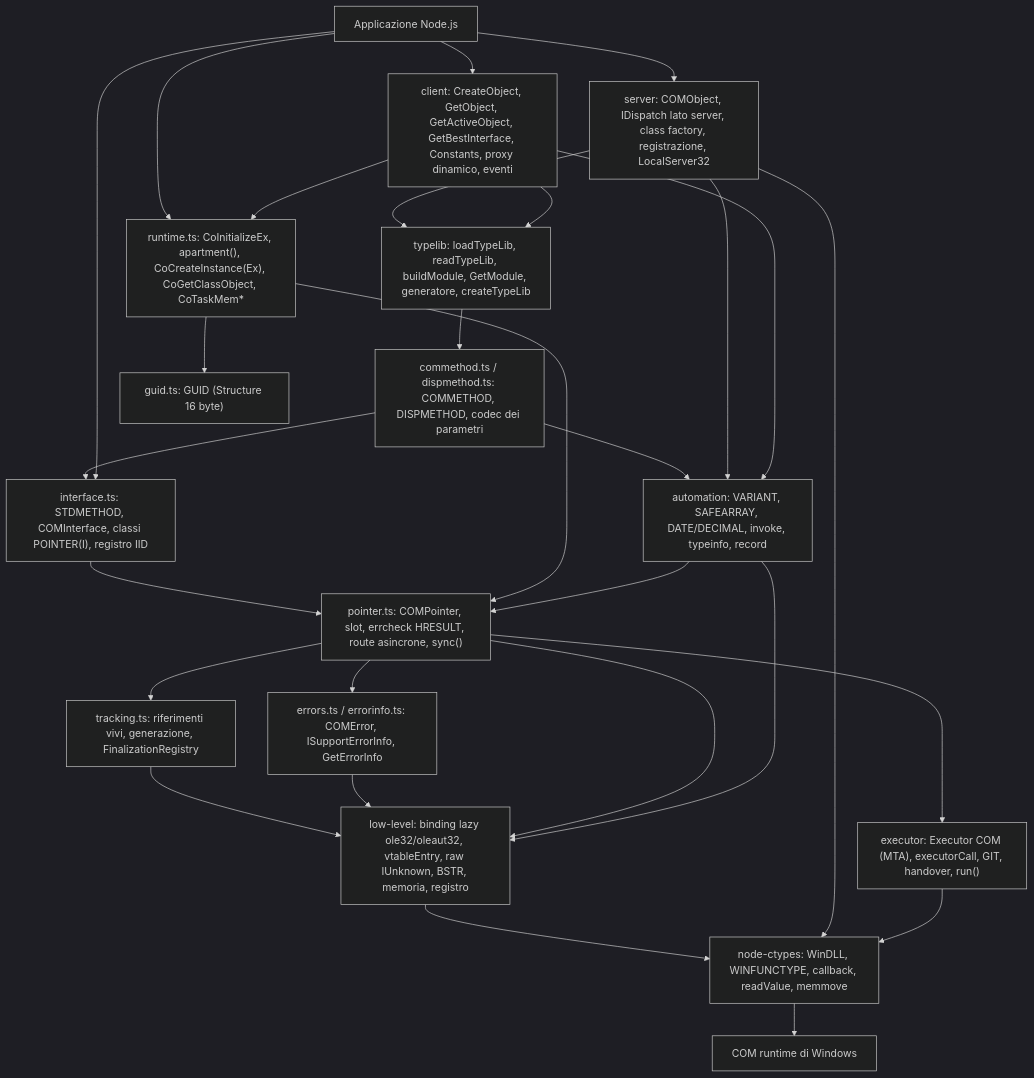
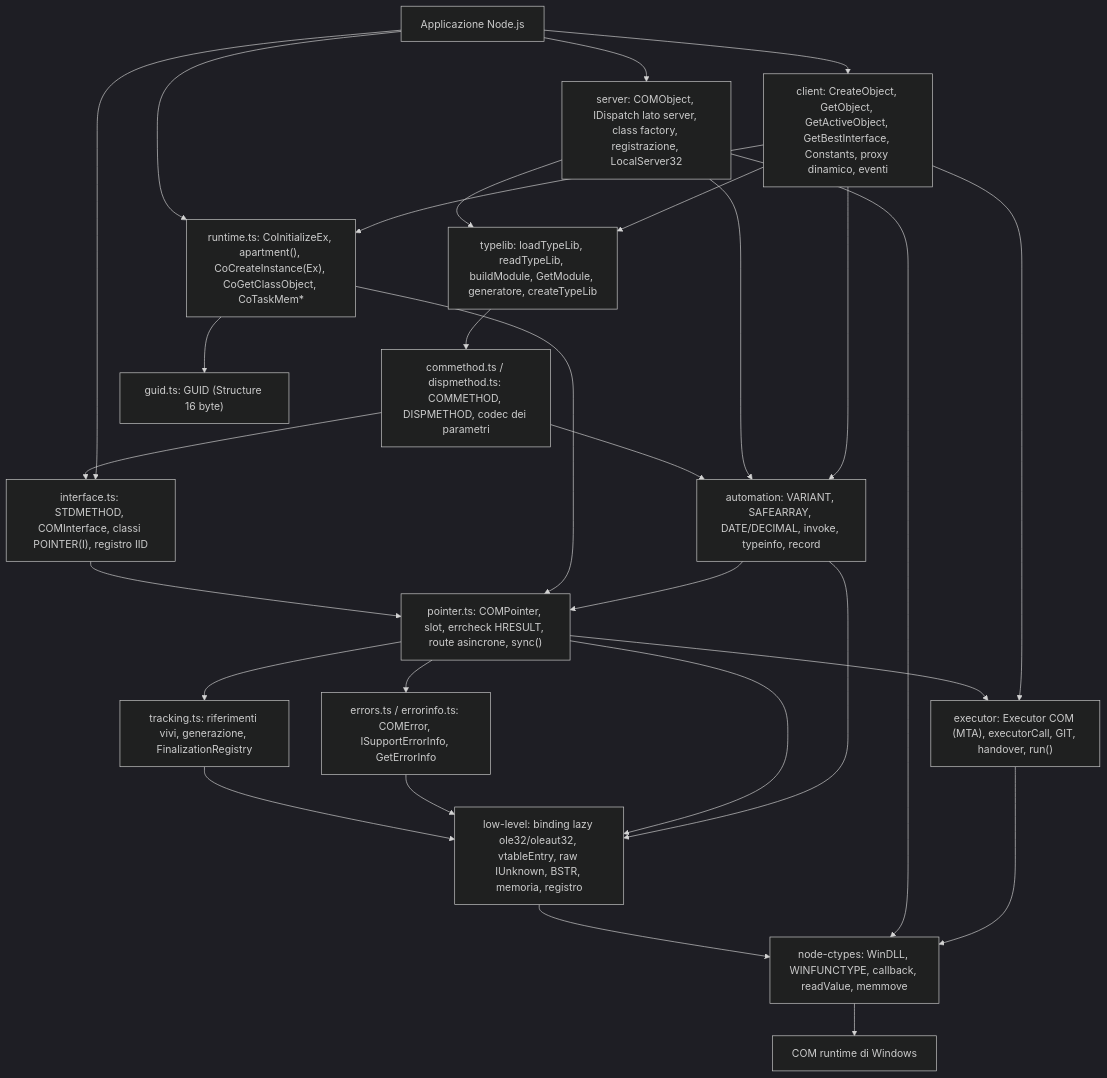
The first of 16 diagrams in FLOWS.md (dmazzella/node-comtypes), drawn with Mermaid (dark theme) before and after one commit. The commit also changed other lines of this file, not shown here.

Commit message:
docs: align FLOWS.md with the asynchronous API

````diff
--- a/FLOWS.md
+++ b/FLOWS.md
@@ -39,38 +39,39 @@
 ```mermaid
 flowchart TD
     APP["Applicazione Node.js"]
     CLI["client: CreateObject, GetObject, GetActiveObject, GetBestInterface, Constants, proxy dinamico, eventi"]
     SRV["server: COMObject, IDispatch lato server, class factory, registrazione, LocalServer32"]
     TLB["typelib: loadTypeLib, readTypeLib, buildModule, GetModule, generatore, createTypeLib"]
     AUT["automation: VARIANT, SAFEARRAY, DATE/DECIMAL, invoke, typeinfo, record"]
     CM["commethod.ts / dispmethod.ts: COMMETHOD, DISPMETHOD, codec dei parametri"]
     RT["runtime.ts: CoInitializeEx, apartment(), CoCreateInstance(Ex), CoGetClassObject, CoTaskMem*"]
     IF["interface.ts: STDMETHOD, COMInterface, classi POINTER(I), registro IID"]
     PTR["pointer.ts: COMPointer, slot, errcheck HRESULT, route asincrone, sync()"]
     EXE["executor: Executor COM (MTA), executorCall, GIT, handover, run()"]
     TRK["tracking.ts: riferimenti vivi, generazione, FinalizationRegistry"]
     ERR["errors.ts / errorinfo.ts: COMError, ISupportErrorInfo, GetErrorInfo"]
     GUID["guid.ts: GUID (Structure 16 byte)"]
     LOW["low-level: binding lazy ole32/oleaut32, vtableEntry, raw IUnknown, BSTR, memoria, registro"]
     FFI["node-ctypes: WinDLL, WINFUNCTYPE, callback, readValue, memmove"]
     OS["COM runtime di Windows"]
     APP --> CLI --> AUT --> PTR
+    CLI --> EXE
     APP --> SRV --> AUT
     CLI --> TLB --> CM
     SRV --> TLB
     CLI --> RT
     AUT --> LOW
     APP --> RT --> PTR
     APP --> IF --> PTR
     CM --> IF
     CM --> AUT
     PTR --> TRK
     PTR --> EXE --> FFI
     PTR --> ERR
     RT --> GUID
     PTR --> LOW
     ERR --> LOW
     TRK --> LOW
     SRV --> FFI
     LOW --> FFI --> OS
 ```
````
